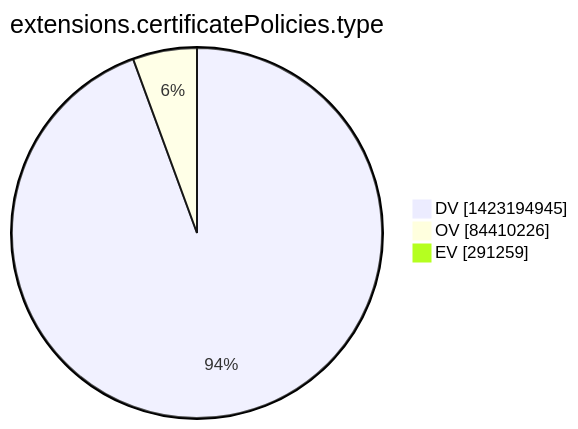
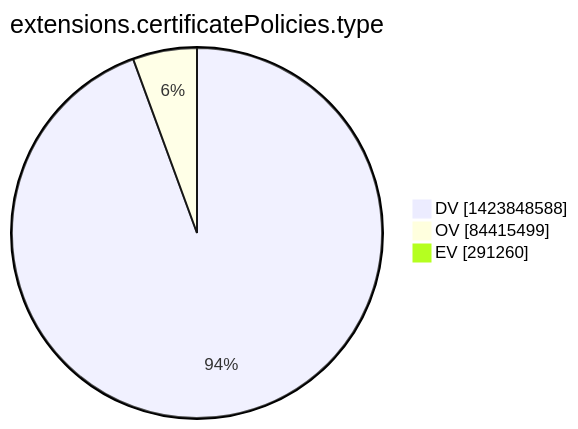
Before and after one commit to christiankrug/ctmonitor_visualization: the tenth of 15 diagrams in argon2022/README.md, drawn with Mermaid. The commit also changed other lines of this file, not shown here.

````diff
--- a/argon2022/README.md
+++ b/argon2022/README.md
@@ -2773,7 +2773,7 @@
 ```mermaid
 pie showData
 title extensions.certificatePolicies.type
-"DV" :1423194945
-"OV" :84410226
-"EV" :291259
+"DV" :1423848588
+"OV" :84415499
+"EV" :291260
 ```
````
